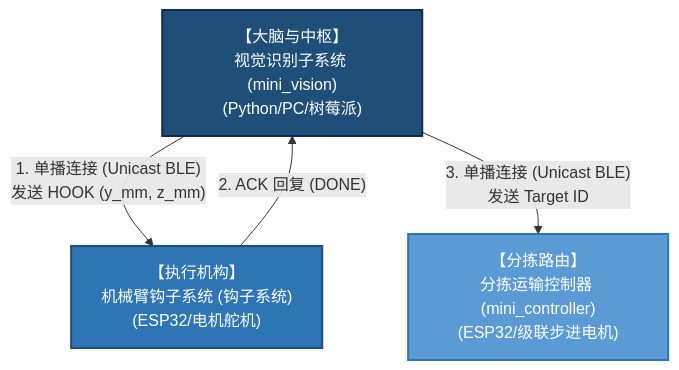
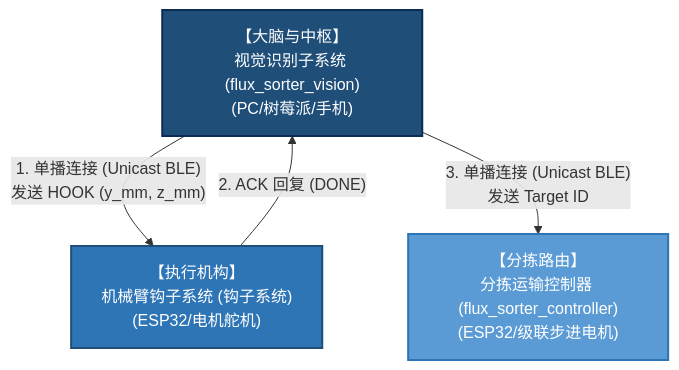
One commit to voicevon/sorter_mini_vision changed the first of 2 diagrams in docs/top_level_overview.md. Above: the diagram before and after it, drawn with Mermaid. The commit also changed other lines of this file and 2 other files, not shown here.

````diff
--- a/docs/top_level_overview.md
+++ b/docs/top_level_overview.md
@@ -19,17 +19,17 @@
 ```mermaid
 graph TD
     %% 节点定义
-    Vision["【大脑与中枢】<br>视觉识别子系统 (mini_vision)<br>(Python/PC/树莓派)"]
+    Vision["【大脑与中枢】<br>视觉识别子系统 (flux_sorter_vision)<br>(PC/树莓派/手机)"]
     Hook["【执行机构】<br>机械臂钩子系统 (钩子系统)<br>(ESP32/电机舵机)"]
-    Sorter["【分拣路由】<br>分拣运输控制器 (mini_controller)<br>(ESP32/级联步进电机)"]
+    Sorter["【分拣路由】<br>分拣运输控制器 (flux_sorter_controller)<br>(ESP32/级联步进电机)"]
     
     %% 连接线
     Vision -- "1. 单播连接 (Unicast BLE)<br>发送 HOOK (y_mm, z_mm)" --> Hook
     Hook -- "2. ACK 回复 (DONE)" --> Vision
     Vision -- "3. 单播连接 (Unicast BLE)<br>发送 Target ID" --> Sorter
     
     %% 注释样式
     style Vision fill:#1f4e79,stroke:#0d2c54,stroke-width:2px,color:#fff
     style Hook fill:#2e75b6,stroke:#1f4e79,stroke-width:2px,color:#fff
     style Sorter fill:#5b9bd5,stroke:#2e75b6,stroke-width:2px,color:#fff
 ```
````
